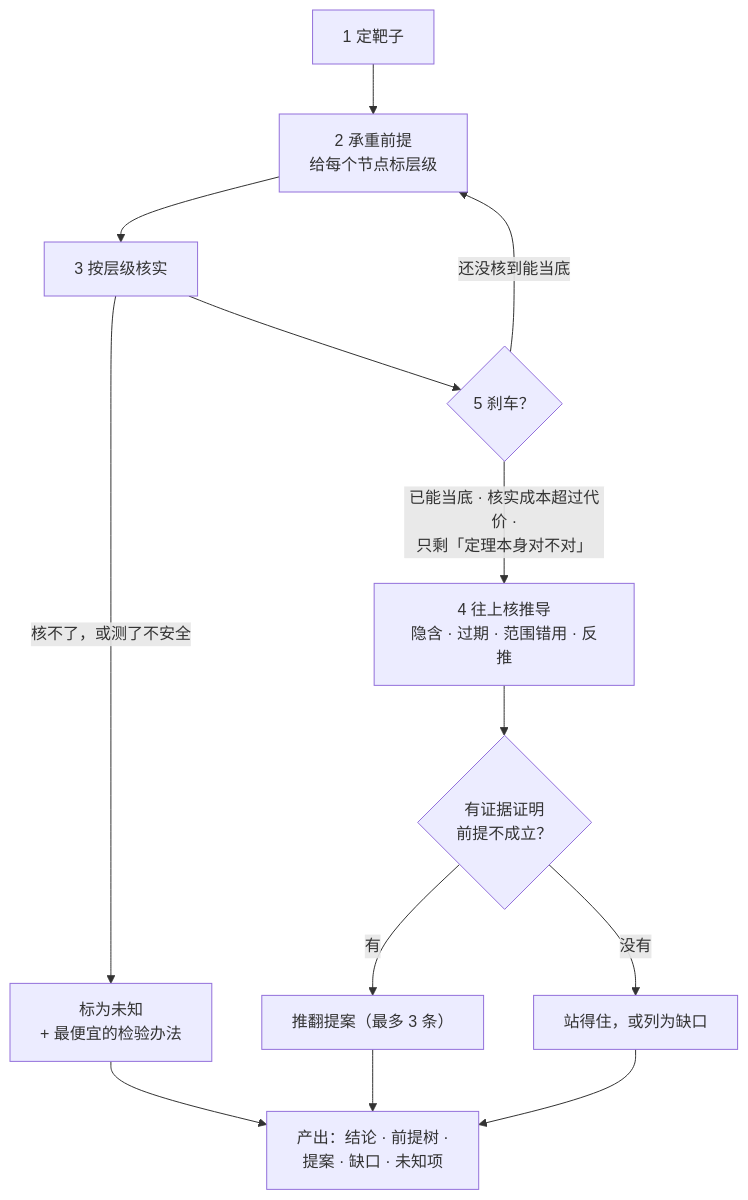
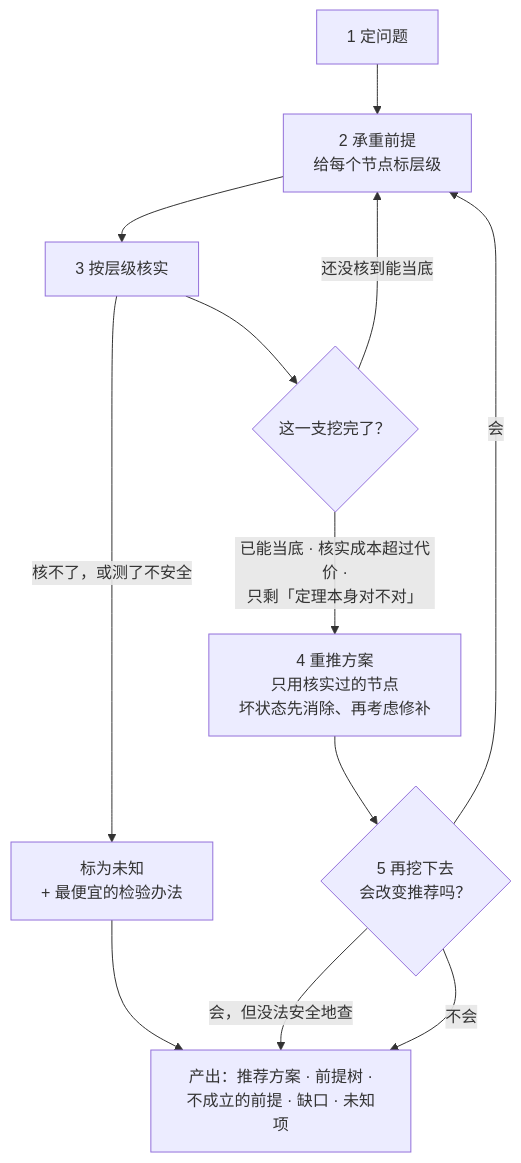
The second of 4 diagrams in README.zh-CN.md (zk-hypersolid/premise-challenge), drawn with Mermaid before and after one commit. The commit also changed other lines of this file and 5 other files, not shown here.

````diff
--- a/README.zh-CN.md
+++ b/README.zh-CN.md
@@ -67,15 +68,14 @@
 ```mermaid
 flowchart TB
-    T["1 定靶子"] --> P["2 承重前提<br/>给每个节点标层级"]
+    T["1 定问题"] --> P["2 承重前提<br/>给每个节点标层级"]
     P --> V["3 按层级核实"]
     V -- "核不了，或测了不安全" --> UK["标为未知<br/>+ 最便宜的检验办法"]
-    V --> B{"5 刹车？"}
+    V --> B{"这一支挖完了？"}
     B -- "还没核到能当底" --> P
-    B -- "已能当底 · 核实成本超过代价 ·<br/>只剩「定理本身对不对」" --> UP["4 往上核推导<br/>隐含 · 过期 · 范围错用 · 反推"]
-    UP --> G{"有证据证明<br/>前提不成立？"}
-    G -- "有" --> OV["推翻提案（最多 3 条）"]
-    G -- "没有" --> H["站得住，或列为缺口"]
-    OV --> O["产出：结论 · 前提树 ·<br/>提案 · 缺口 · 未知项"]
-    H --> O
+    B -- "已能当底 · 核实成本超过代价 ·<br/>只剩「定理本身对不对」" --> R["4 重推方案<br/>只用核实过的节点<br/>坏状态先消除、再考虑修补"]
+    R --> S{"5 再挖下去<br/>会改变推荐吗？"}
+    S -- "会" --> P
+    S -- "会，但没法安全地查" --> O
+    S -- "不会" --> O["产出：推荐方案 · 前提树 ·<br/>不成立的前提 · 缺口 · 未知项"]
     UK --> O
 ```
````
